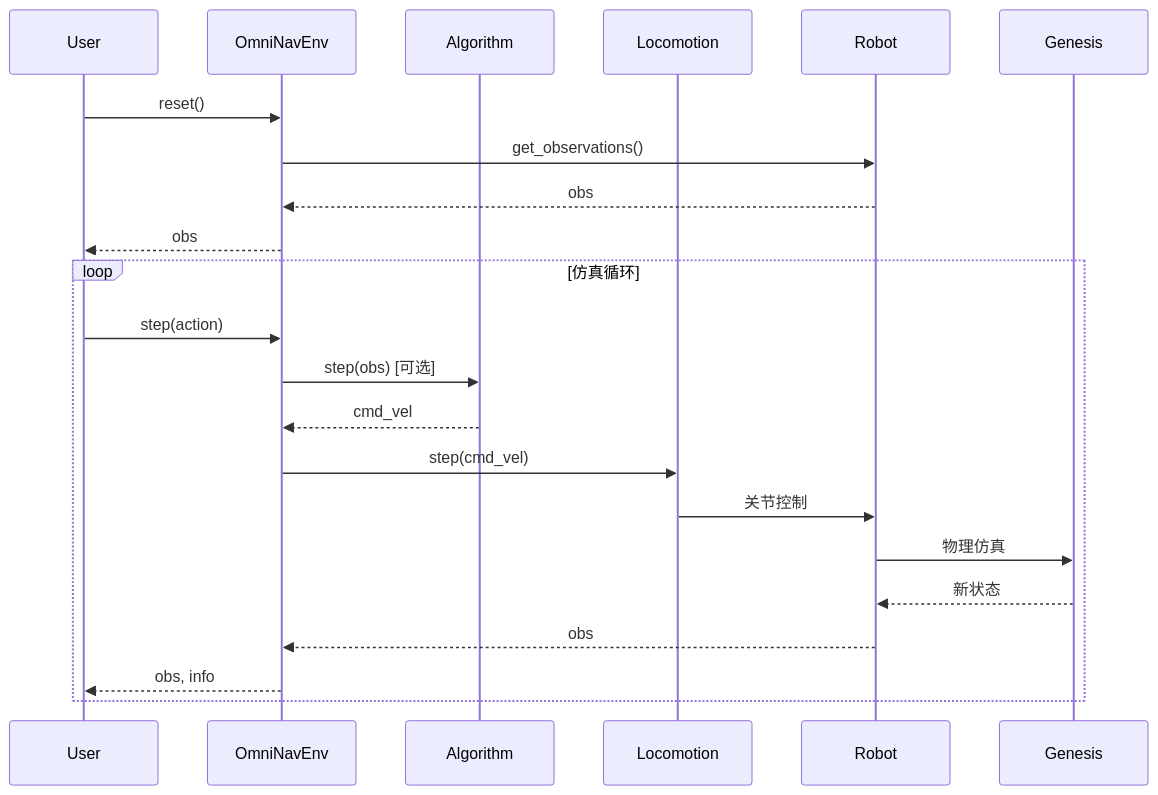
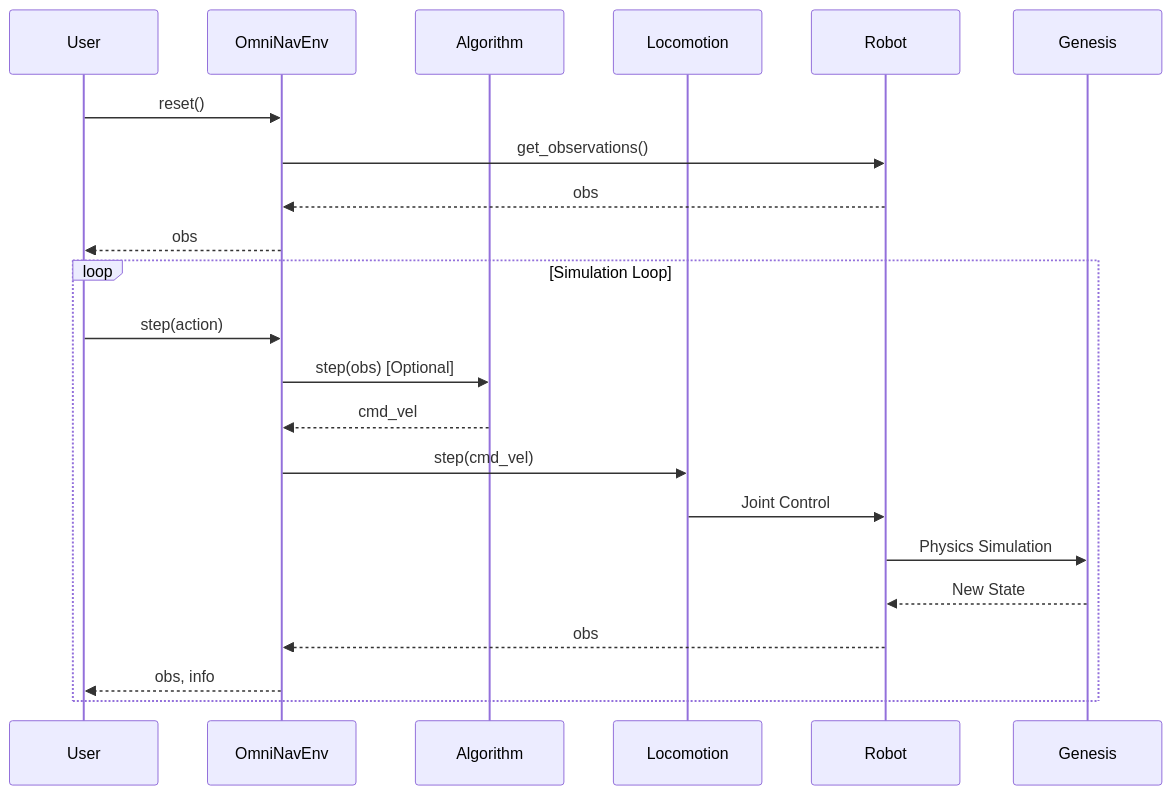
Before and after one commit to Royalvice/OmniNav: the second of 2 diagrams in docs/user_guide/architecture.md, drawn with Mermaid. The commit also changed other lines of this file and 16 other files, not shown here.

````diff
--- a/docs/user_guide/architecture.md
+++ b/docs/user_guide/architecture.md
@@ -111,26 +111,26 @@
 ```mermaid
 sequenceDiagram
     participant User
     participant Env as OmniNavEnv
     participant Algo as Algorithm
     participant Loco as Locomotion
     participant Robot
     participant Genesis
 
     User->>Env: reset()
     Env->>Robot: get_observations()
     Robot-->>Env: obs
     Env-->>User: obs
 
-    loop 仿真循环
+    loop Simulation Loop
         User->>Env: step(action)
-        Env->>Algo: step(obs) [可选]
+        Env->>Algo: step(obs) [Optional]
         Algo-->>Env: cmd_vel
         Env->>Loco: step(cmd_vel)
-        Loco->>Robot: 关节控制
-        Robot->>Genesis: 物理仿真
-        Genesis-->>Robot: 新状态
+        Loco->>Robot: Joint Control
+        Robot->>Genesis: Physics Simulation
+        Genesis-->>Robot: New State
         Robot-->>Env: obs
         Env-->>User: obs, info
     end
 ```
````
